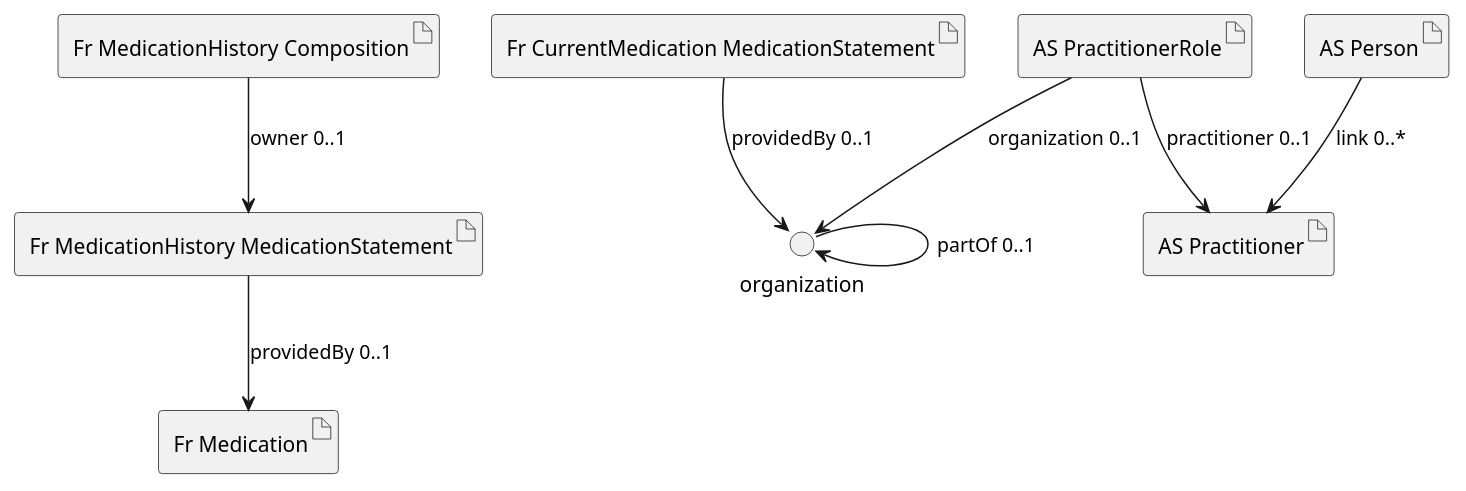
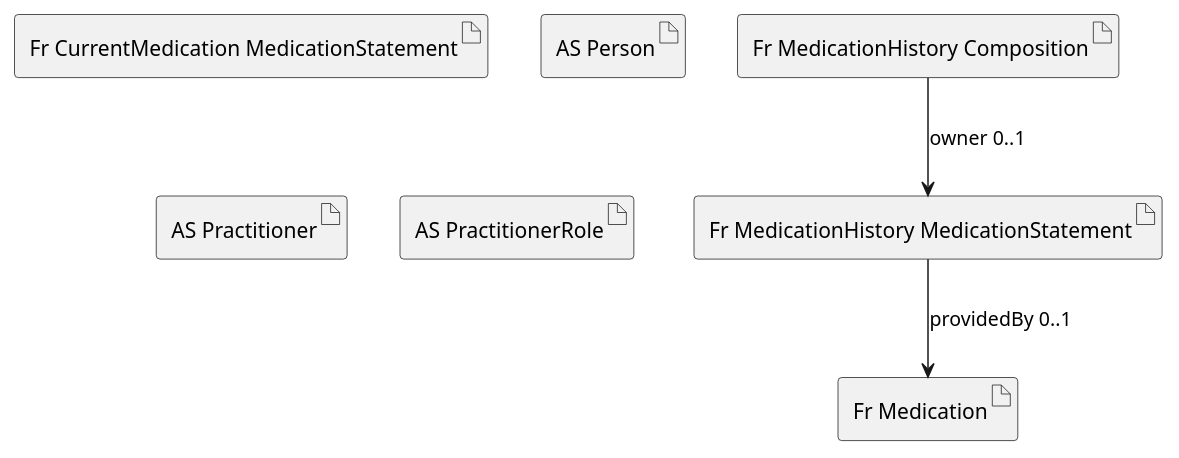
One commit to Interop-Sante/hl7.fhir.fr.medication changed the diagram in input/images-source/conciliation-overview.plantuml. Above: the diagram before and after it, drawn with PlantUML.

Commit message:
working version

```diff
--- a/input/images-source/conciliation-overview.plantuml
+++ b/input/images-source/conciliation-overview.plantuml
@@ -1,59 +1,31 @@
 @startuml
 
 artifact "Fr MedicationHistory Composition" as MHComp
 artifact "Fr MedicationHistory MedicationStatement" as MHMS
 artifact "Fr Medication" as M
 artifact "Fr CurrentMedication Composition" as CMMS
 artifact "Fr CurrentMedication MedicationStatement" as CMMS
 artifact "AS Person" as person
 artifact "AS Practitioner" as practitioner
 artifact "AS PractitionerRole" as practitionerrole
 
 ' url of device is  [[StructureDefinition-as-device.html]]
 ' url of healthcareserviceActivity is  [[StructureDefinition-as-healthcareservice-healthcare-activity.html]]
 ' url of healthcareserviceEquipment is  [[StructureDefinition-as-healthcareservice-social-equipment.html]]
 ' url of organization [[StructureDefinition-as-organization.html]]
 ' url of person [[StructureDefinition-as-person.html]]
 ' url of practitioner [[StructureDefinition-as-practitioner.html]]
 ' url of practitionerrole [[StructureDefinition-as-practitionerrole.html]]
 
 ' ##########
 ' # MHComp #
 ' ##########
 MHComp --> MHMS : owner 0..1
 
 
 ' ########
 ' # MHMS #
 ' ########
 MHMS --> M : providedBy 0..1
 
-' ########
-' # CMMS #
-' ########
-CMMS --> organization : providedBy 0..1
-
-
-' ################
-' # organization #
-' ################
-organization --> organization : partOf 0..1
-
-' ##########
-' # person #
-' ##########
-person --> practitioner : link 0..*
-
-
-' ####################
-' # practitionerrole #
-' ####################
-
-' organization
-practitionerrole --> organization : organization 0..1
-
-' practitioner
-practitionerrole --> practitioner : practitioner 0..1
-
-
 @enduml
```
